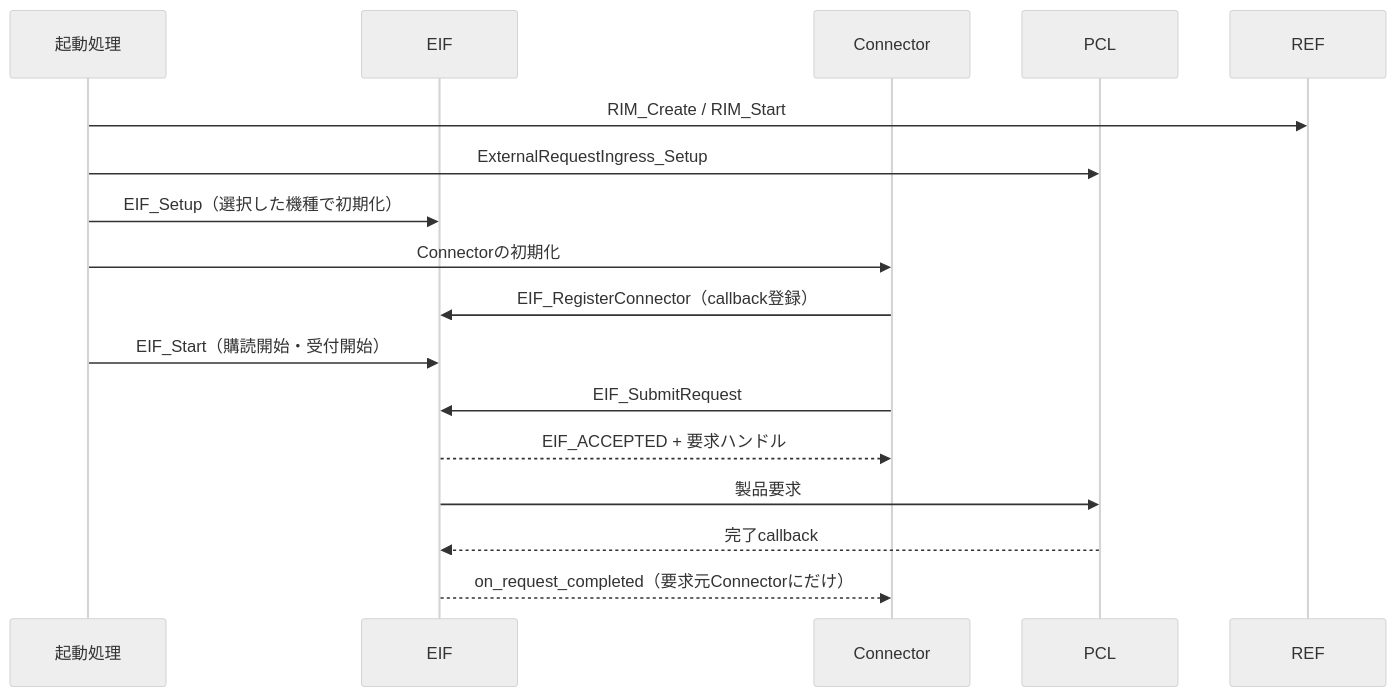
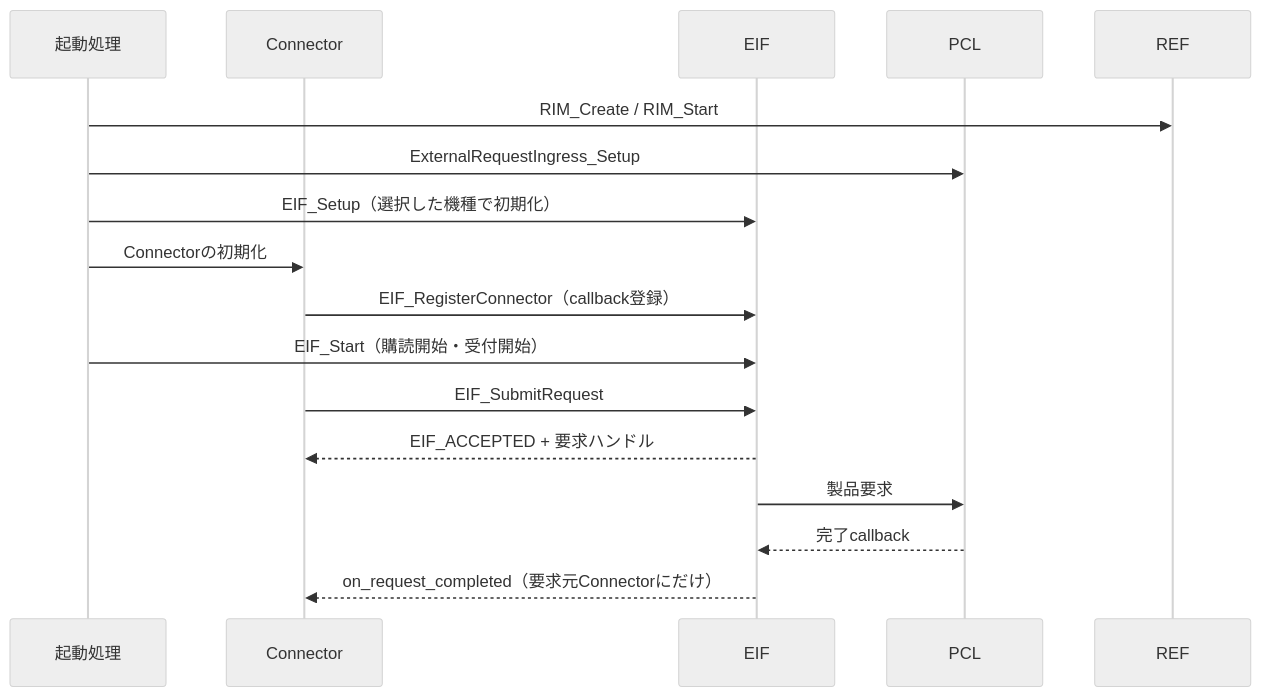
Before and after one commit to ceedling-vxworks-test-generator/EIF-design: the second of 8 diagrams in 03.EIF設計/設計/仕様設計書.md, drawn with Mermaid (neutral theme). The commit also changed other lines of this file and 5 other files, not shown here.

First line of the commit message:
仕様設計DRの指摘を反映（仕様設計書 0.03、構成図 0.02）、要件定義を正式版に更新

````diff
--- a/03.EIF設計/設計/仕様設計書.md
+++ b/03.EIF設計/設計/仕様設計書.md
@@ -250,19 +264,19 @@
 ```mermaid
 sequenceDiagram
     participant Main as 起動処理
+    participant Con as Connector
     participant EIF as EIF
-    participant Con as Connector
     participant PCL as PCL
     participant REF as REF
     Main->>REF: RIM_Create / RIM_Start
     Main->>PCL: ExternalRequestIngress_Setup
     Main->>EIF: EIF_Setup（選択した機種で初期化）
     Main->>Con: Connectorの初期化
     Con->>EIF: EIF_RegisterConnector（callback登録）
     Main->>EIF: EIF_Start（購読開始・受付開始）
     Con->>EIF: EIF_SubmitRequest
     EIF-->>Con: EIF_ACCEPTED + 要求ハンドル
     EIF->>PCL: 製品要求
     PCL-->>EIF: 完了callback
     EIF-->>Con: on_request_completed（要求元Connectorにだけ）
 ```
````
